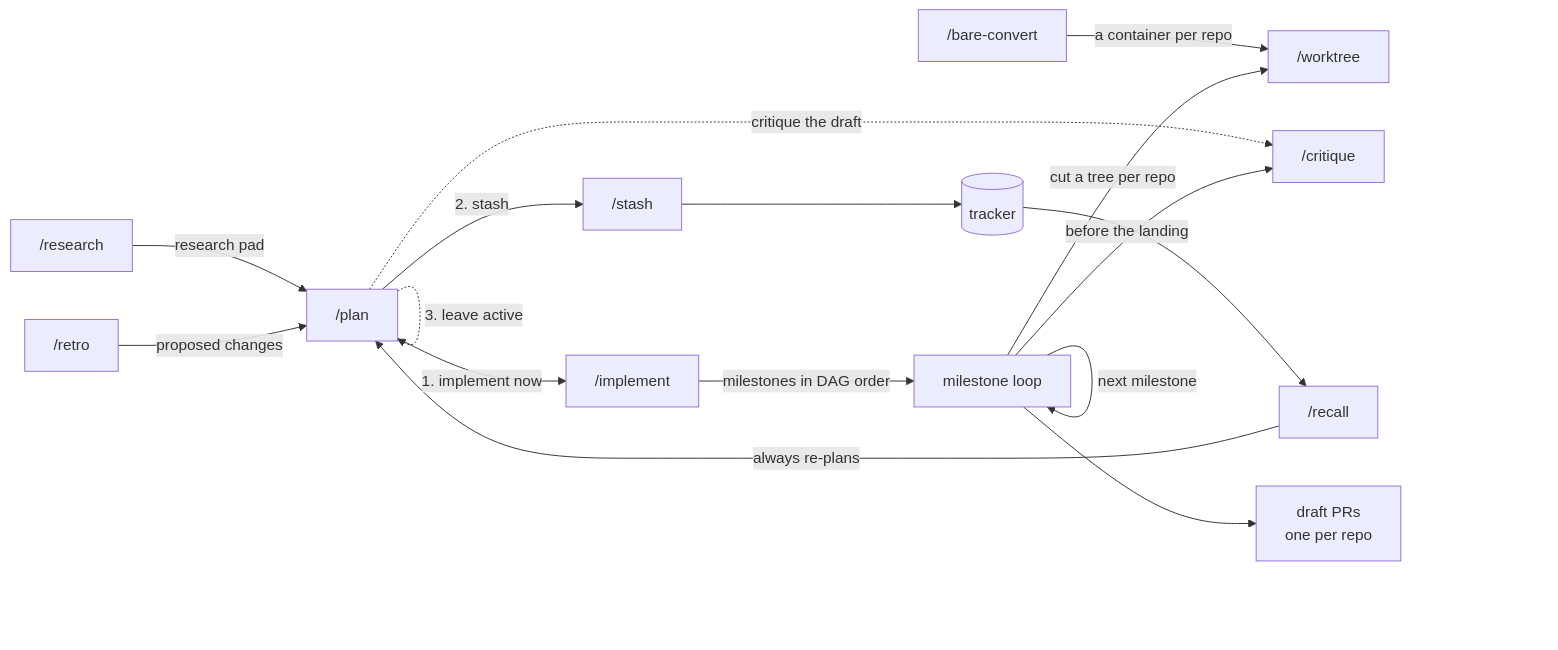
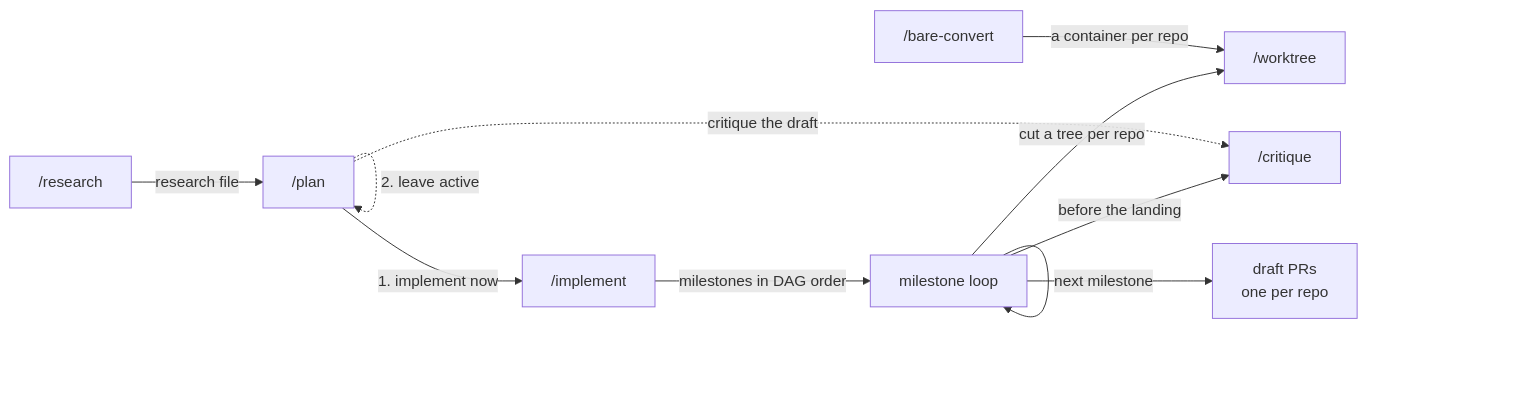
One commit to benholmen/agents changed the diagram in README.md. Above: the diagram before and after it, drawn with Mermaid. The commit also changed other lines of this file and 24 other files, not shown here.

````diff
--- a/README.md
+++ b/README.md
@@ -130,31 +141,22 @@
 ```mermaid
 flowchart LR
     R["/research"]
     P["/plan"]
     I["/implement"]
     W["/worktree"]
     BC["/bare-convert"]
     M["milestone loop"]
     C["/critique"]
-    S["/stash"]
-    RC["/recall"]
-    RT["/retro"]
-    T[("tracker")]
     PR["draft PRs<br/>one per repo"]
 
-    R -->|"research pad"| P
+    R -->|"research file"| P
     P -->|"1. implement now"| I
-    P -->|"2. stash"| S
-    P -.->|"3. leave active"| P
+    P -.->|"2. leave active"| P
     P -.->|"critique the draft"| C
-    S --> T
-    T --> RC
-    RC -->|"always re-plans"| P
-    RT -->|"proposed changes"| P
     I -->|"milestones in DAG order"| M
     BC -->|"a container per repo"| W
     M -->|"cut a tree per repo"| W
     M -->|"before the landing"| C
     M --> PR
     M -->|"next milestone"| M
 ```
````
